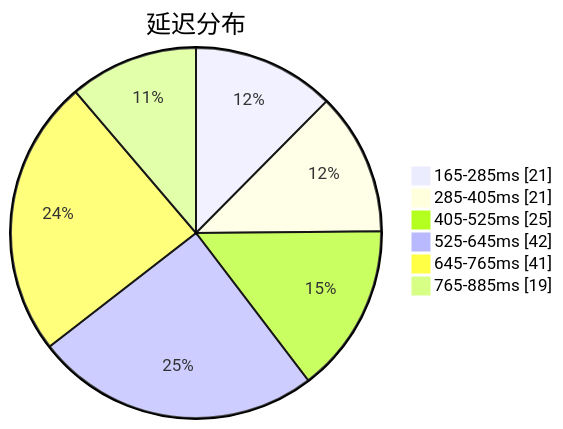
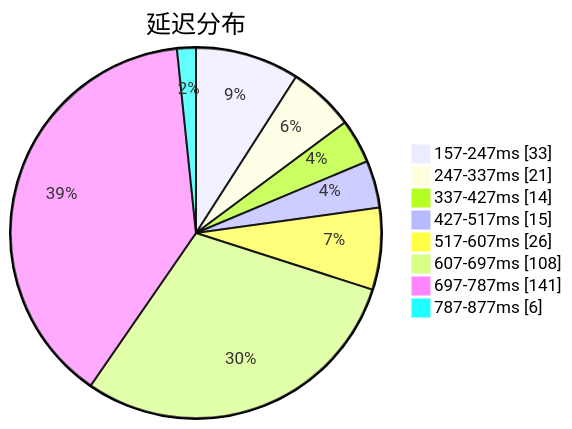
Before and after one commit to qjlxg/airport: the first of 3 diagrams in subs/statistics/tested_within.md, drawn with Mermaid. The commit also changed other lines of this file and 2 other files, not shown here.

````diff
--- a/subs/statistics/tested_within.md
+++ b/subs/statistics/tested_within.md
@@ -2,10 +2,12 @@
 ```mermaid
 pie showData
 title 延迟分布
-"165-285ms" : 21
-"285-405ms" : 21
-"405-525ms" : 25
-"525-645ms" : 42
-"645-765ms" : 41
-"765-885ms" : 19
+"157-247ms" : 33
+"247-337ms" : 21
+"337-427ms" : 14
+"427-517ms" : 15
+"517-607ms" : 26
+"607-697ms" : 108
+"697-787ms" : 141
+"787-877ms" : 6
 ```
````
